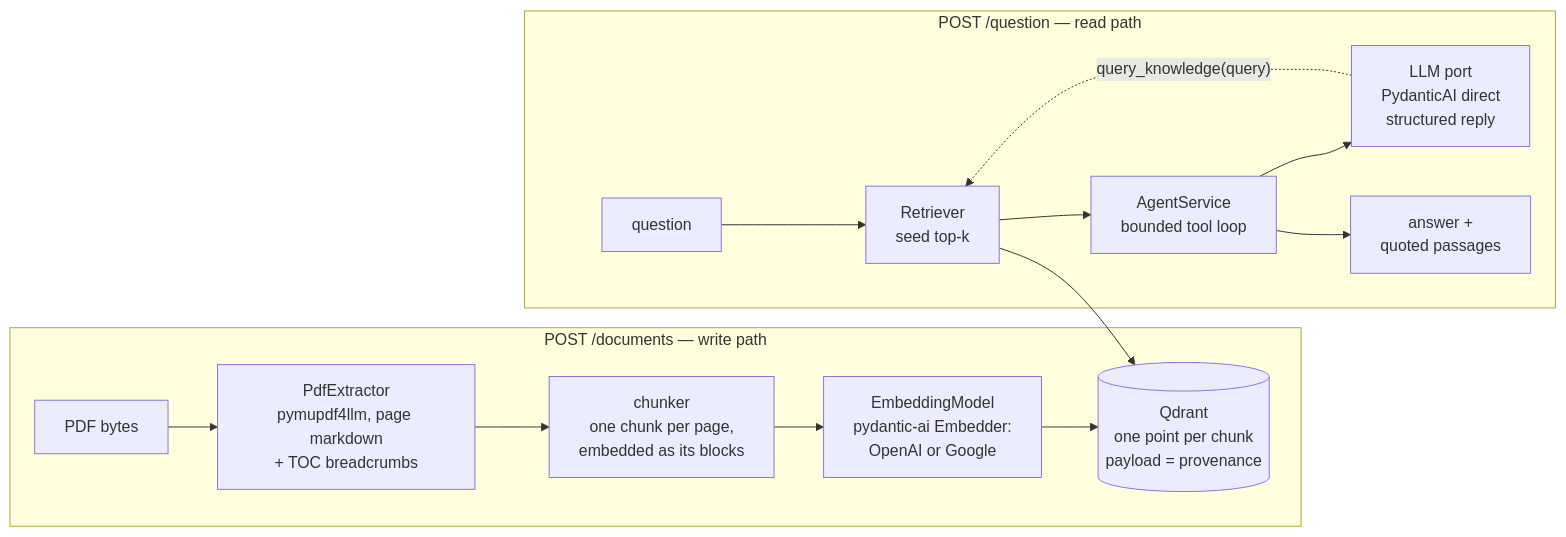
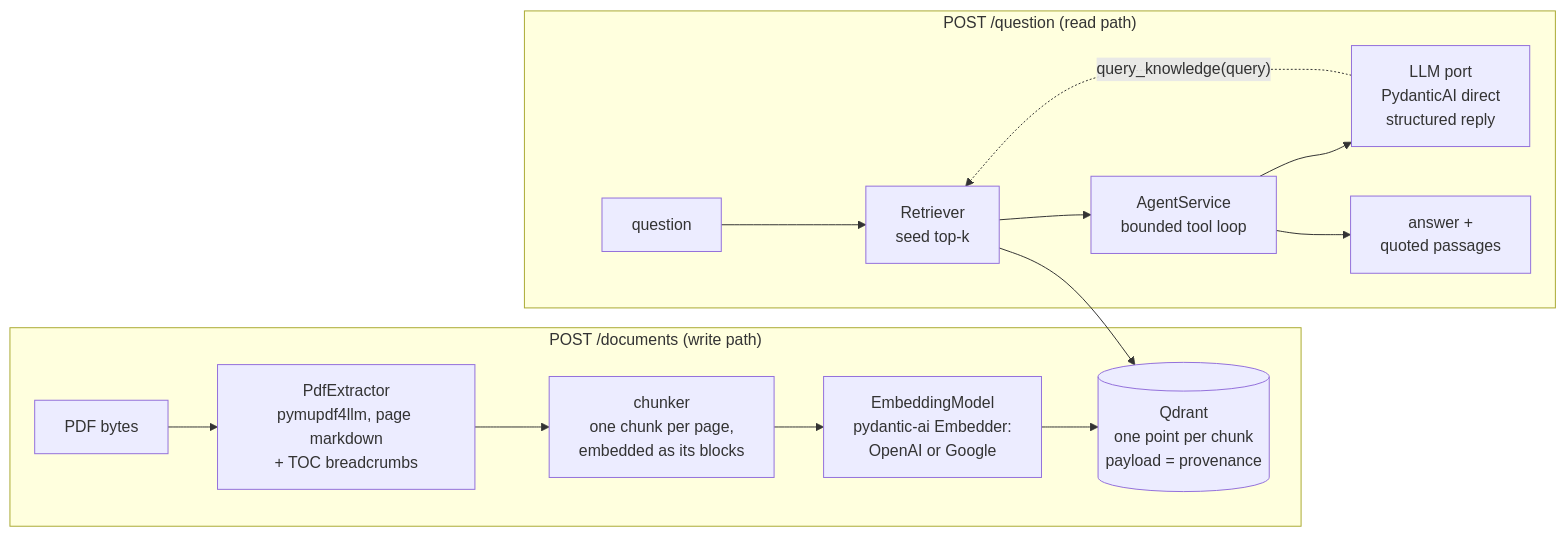
Before and after one commit to Vipigal/rag-ai-agent: the diagram in README.md, drawn with Mermaid. The commit also changed other lines of this file, not shown here.

````diff
--- a/README.md
+++ b/README.md
@@ -128,17 +128,17 @@
 ```mermaid
 flowchart LR
-  subgraph ingest["POST /documents — write path"]
+  subgraph ingest["POST /documents (write path)"]
     P[PDF bytes] --> X["PdfExtractor<br/>pymupdf4llm, page markdown<br/>+ TOC breadcrumbs"]
     X --> C["chunker<br/>one chunk per page,<br/>embedded as its blocks"]
     C --> E["EmbeddingModel<br/>pydantic-ai Embedder:<br/>OpenAI or Google"]
     E --> Q[("Qdrant<br/>one point per chunk<br/>payload = provenance")]
   end
-  subgraph ask["POST /question — read path"]
+  subgraph ask["POST /question (read path)"]
     U[question] --> R["Retriever<br/>seed top-k"]
     R --> A["AgentService<br/>bounded tool loop"]
     A --> L["LLM port<br/>PydanticAI direct<br/>structured reply"]
     L -. "query_knowledge(query)" .-> R
     A --> O["answer +<br/>quoted passages"]
   end
   R --> Q
 ```
````
